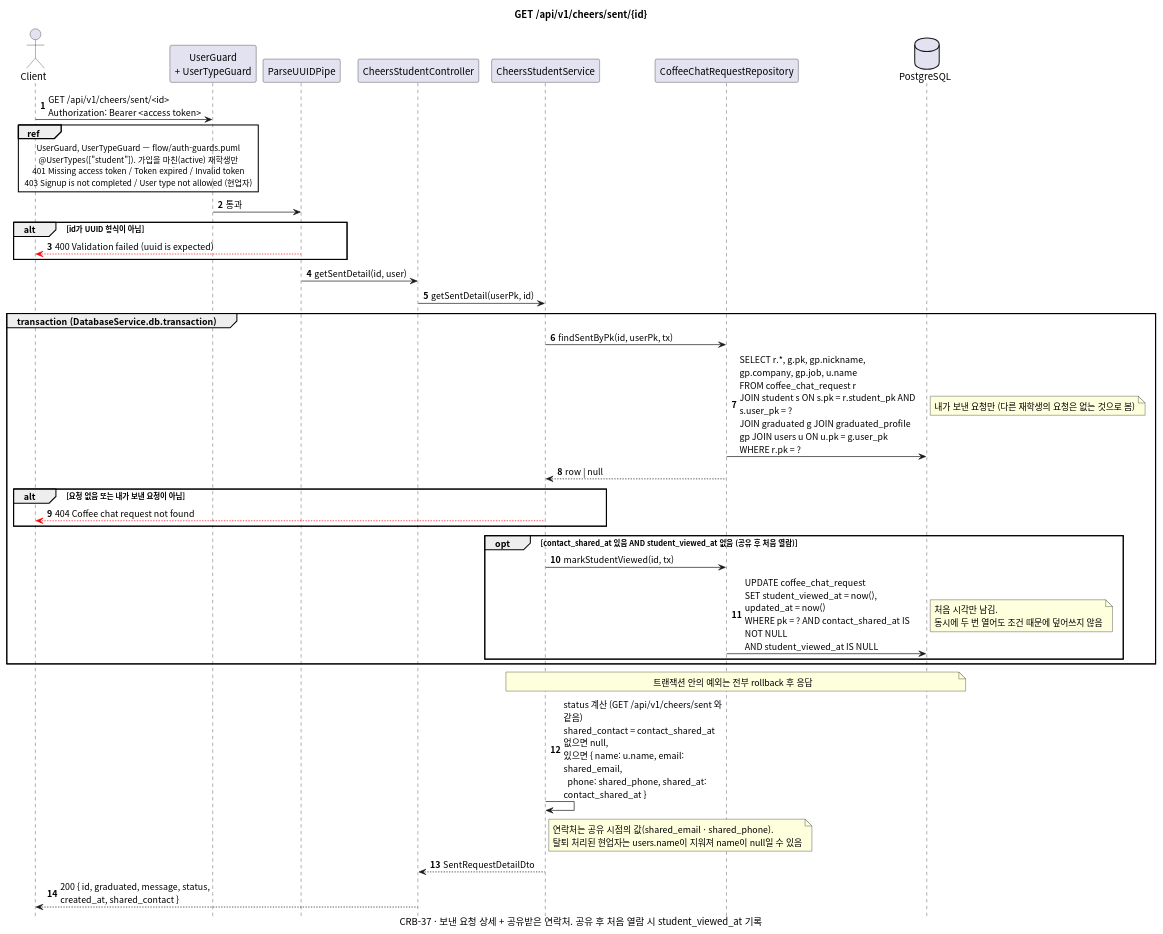
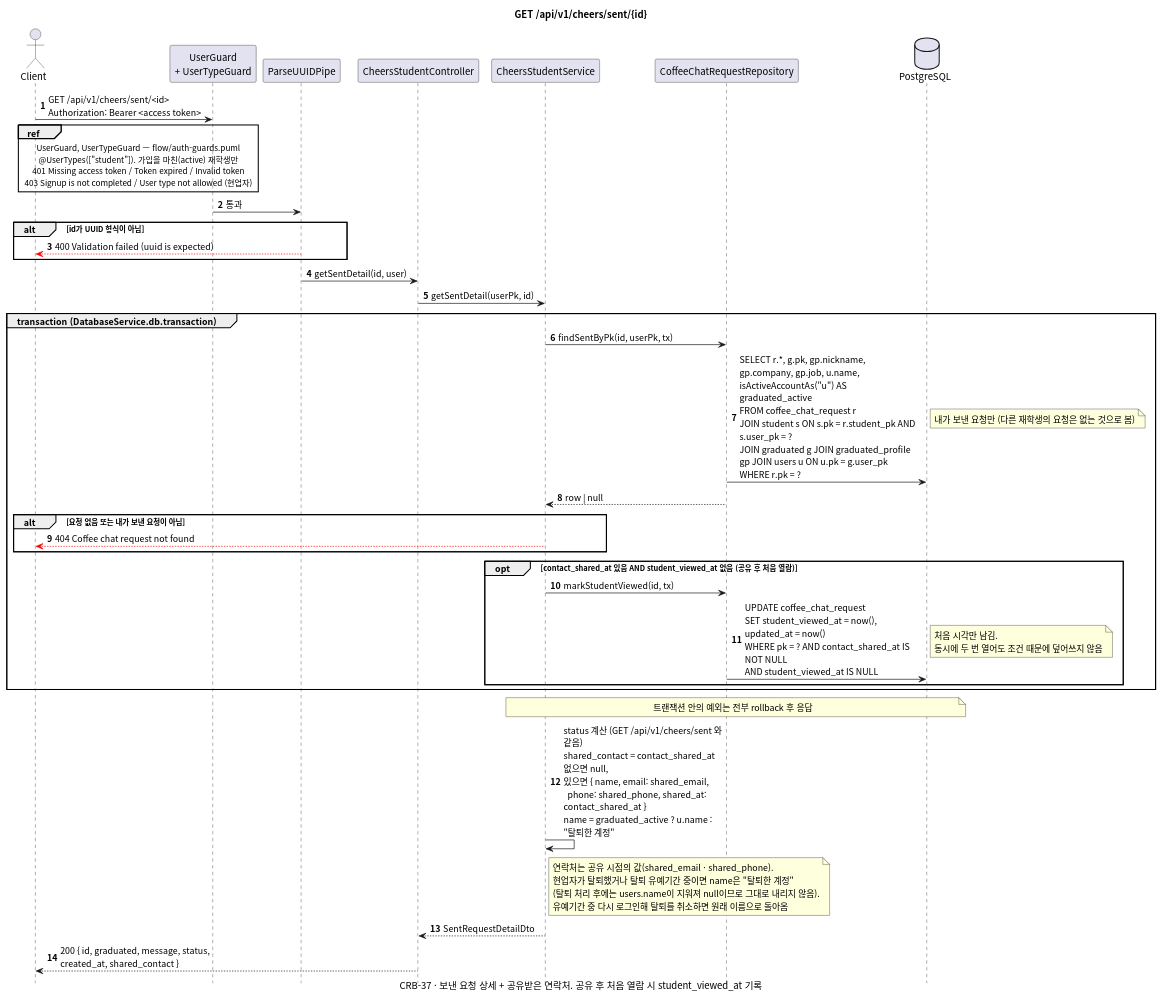
One commit to gsainfoteam/cheers-be changed the diagram in docs/sequence/cheers/get-cheers-sent-id.puml. Above: the diagram before and after it, drawn with PlantUML.

Commit message:
- docs: show withdrawn account name in sent request detail

```diff
--- a/docs/sequence/cheers/get-cheers-sent-id.puml
+++ b/docs/sequence/cheers/get-cheers-sent-id.puml
@@ -1,61 +1,63 @@
 @startuml get-cheers-sent-id
 skinparam defaultFontName "Apple SD Gothic Neo", "Noto Sans CJK KR", sans-serif
 skinparam responseMessageBelowArrow true
 skinparam sequenceMessageAlign left
 skinparam maxMessageSize 260
 skinparam BoxPadding 8
 skinparam shadowing false
 autonumber
 hide footbox
 
 title GET /api/v1/cheers/sent/{id}
 caption CRB-37 · 보낸 요청 상세 + 공유받은 연락처. 공유 후 처음 열람 시 student_viewed_at 기록
 
 actor Client
 participant "UserGuard\n+ UserTypeGuard" as Guard
 participant "ParseUUIDPipe" as Pipe
 participant "CheersStudentController" as Controller
 participant "CheersStudentService" as Service
 participant "CoffeeChatRequestRepository" as CoffeeChatRequestRepository
 database PostgreSQL
 
 Client -> Guard: GET /api/v1/cheers/sent/<id>\nAuthorization: Bearer <access token>
 ref over Client, Guard
   UserGuard, UserTypeGuard — flow/auth-guards.puml
   @UserTypes(["student"]). 가입을 마친(active) 재학생만
   401 Missing access token / Token expired / Invalid token
   403 Signup is not completed / User type not allowed (현업자)
 end ref
 Guard -> Pipe: 통과
 alt id가 UUID 형식이 아님
   Pipe -[#red]-> Client: 400 Validation failed (uuid is expected)
 end
 Pipe -> Controller: getSentDetail(id, user)
 Controller -> Service: getSentDetail(userPk, id)
 
 group transaction (DatabaseService.db.transaction)
   Service -> CoffeeChatRequestRepository: findSentByPk(id, userPk, tx)
-  CoffeeChatRequestRepository -> PostgreSQL: SELECT r.*, g.pk, gp.nickname, gp.company, gp.job, u.name\nFROM coffee_chat_request r\nJOIN student s ON s.pk = r.student_pk AND s.user_pk = ?\nJOIN graduated g JOIN graduated_profile gp JOIN users u ON u.pk = g.user_pk\nWHERE r.pk = ?
+  CoffeeChatRequestRepository -> PostgreSQL: SELECT r.*, g.pk, gp.nickname, gp.company, gp.job, u.name,\nisActiveAccountAs("u") AS graduated_active\nFROM coffee_chat_request r\nJOIN student s ON s.pk = r.student_pk AND s.user_pk = ?\nJOIN graduated g JOIN graduated_profile gp JOIN users u ON u.pk = g.user_pk\nWHERE r.pk = ?
   note right: 내가 보낸 요청만 (다른 재학생의 요청은 없는 것으로 봄)
   CoffeeChatRequestRepository --> Service: row | null
   alt 요청 없음 또는 내가 보낸 요청이 아님
     Service -[#red]-> Client: 404 Coffee chat request not found
   end
 
   opt contact_shared_at 있음 AND student_viewed_at 없음 (공유 후 처음 열람)
     Service -> CoffeeChatRequestRepository: markStudentViewed(id, tx)
     CoffeeChatRequestRepository -> PostgreSQL: UPDATE coffee_chat_request\nSET student_viewed_at = now(), updated_at = now()\nWHERE pk = ? AND contact_shared_at IS NOT NULL\nAND student_viewed_at IS NULL
     note right: 처음 시각만 남김.\n동시에 두 번 열어도 조건 때문에 덮어쓰지 않음
   end
 end
 note over Service, PostgreSQL: 트랜잭션 안의 예외는 전부 rollback 후 응답
 
-Service -> Service: status 계산 (GET /api/v1/cheers/sent 와 같음)\nshared_contact = contact_shared_at 없으면 null,\n있으면 { name: u.name, email: shared_email,\n  phone: shared_phone, shared_at: contact_shared_at }
+Service -> Service: status 계산 (GET /api/v1/cheers/sent 와 같음)\nshared_contact = contact_shared_at 없으면 null,\n있으면 { name, email: shared_email,\n  phone: shared_phone, shared_at: contact_shared_at }\nname = graduated_active ? u.name : "탈퇴한 계정"
 note right of Service
   연락처는 공유 시점의 값(shared_email · shared_phone).
-  탈퇴 처리된 현업자는 users.name이 지워져 name이 null일 수 있음
+  현업자가 탈퇴했거나 탈퇴 유예기간 중이면 name은 "탈퇴한 계정"
+  (탈퇴 처리 후에는 users.name이 지워져 null이므로 그대로 내리지 않음).
+  유예기간 중 다시 로그인해 탈퇴를 취소하면 원래 이름으로 돌아옴
 end note
 Service --> Controller: SentRequestDetailDto
 Controller --> Client: 200 { id, graduated, message, status, created_at, shared_contact }
 
 @enduml
```
